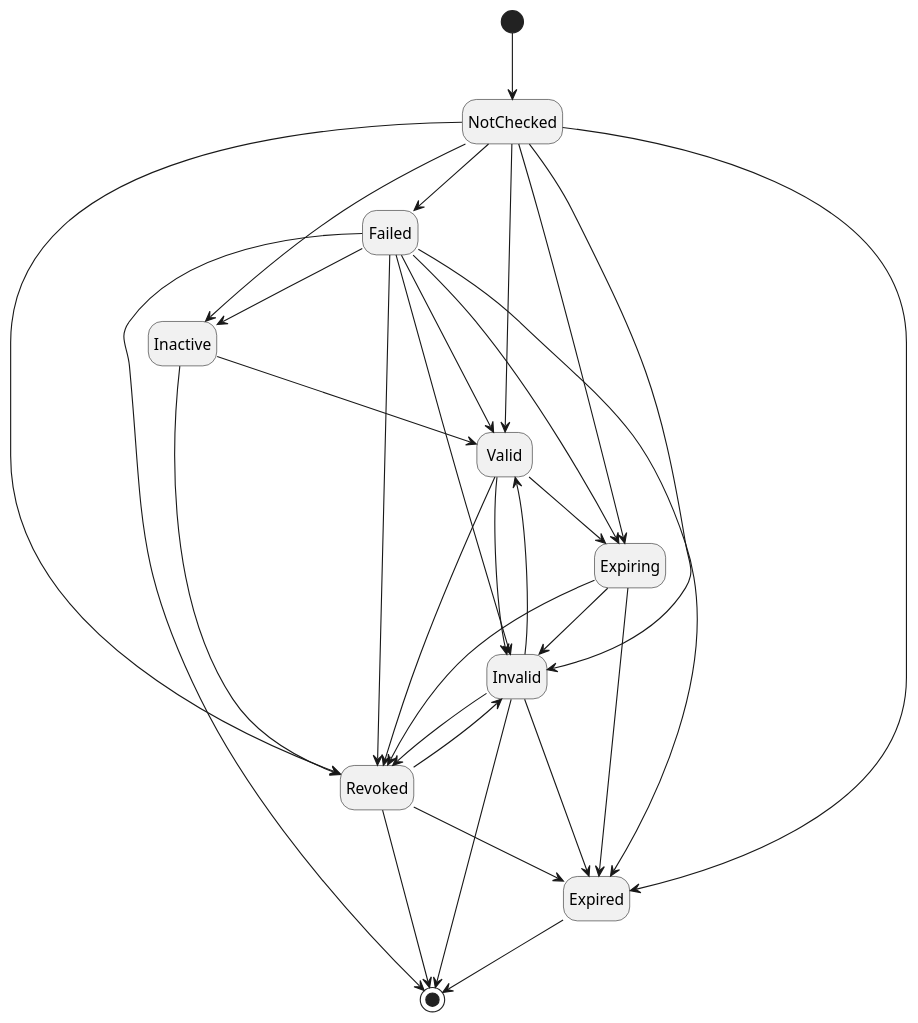
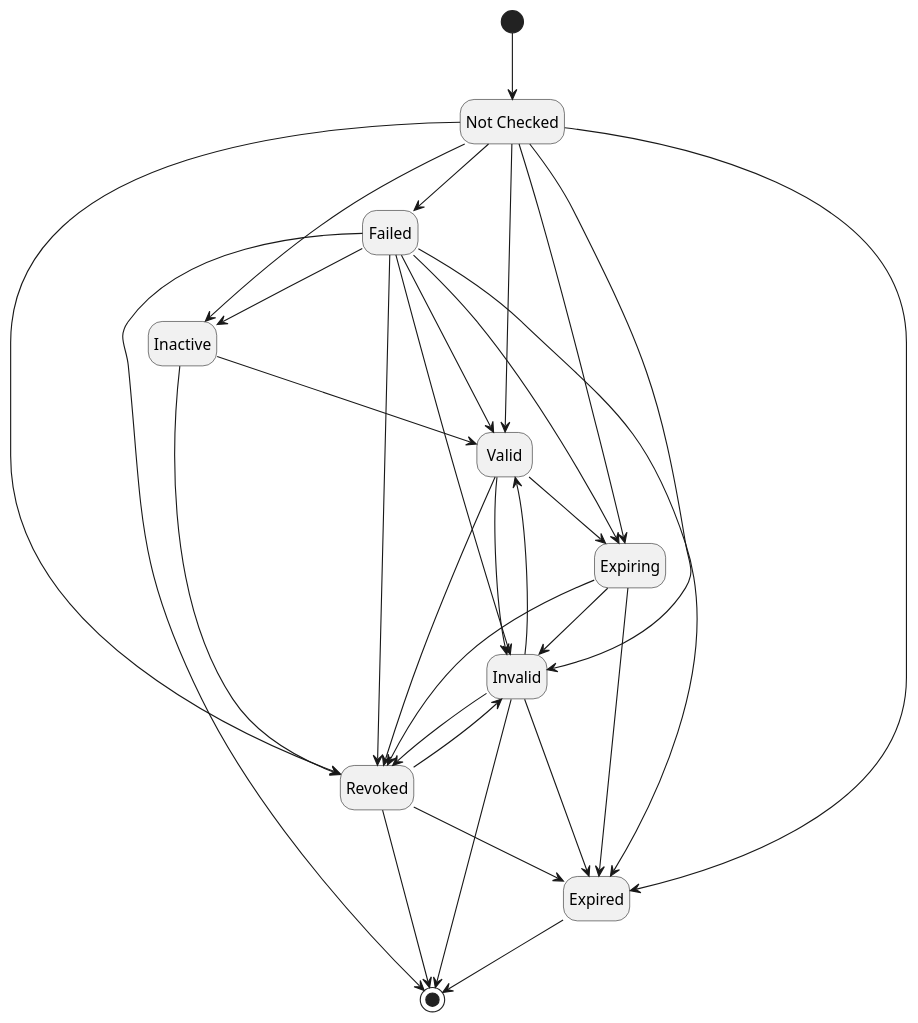
Before and after one commit to CZERTAINLY/CZERTAINLY-Documentation: the second of 4 diagrams in docs/10-certificate-key/02-concept-design/04-core-components/12-certificate.md, drawn with PlantUML. The commit also changed other lines of this file, not shown here.

````diff
--- a/docs/10-certificate-key/02-concept-design/04-core-components/12-certificate.md
+++ b/docs/10-certificate-key/02-concept-design/04-core-components/12-certificate.md
@@ -92,38 +96,40 @@
 ```plantuml
 @startuml
 hide empty description
+
+state "Not Checked" as NotChecked
 
 [*] --> NotChecked
 NotChecked --> Failed
 NotChecked --> Inactive
 NotChecked --> Valid
 NotChecked --> Invalid
 NotChecked --> Expiring
 NotChecked --> Expired
 NotChecked --> Revoked
 Failed --> Inactive
 Failed --> Valid
 Failed --> Invalid
 Failed --> Expiring
 Failed --> Expired
 Failed --> Revoked
 Inactive --> Valid
 Inactive --> Revoked
 Valid --> Invalid
 Valid --> Revoked
 Valid --> Expiring
 Invalid --> Valid
 Invalid --> Revoked
 Invalid --> Expired
 Revoked --> Invalid
 Revoked --> Expired
 Expiring --> Invalid
 Expiring --> Revoked
 Expiring --> Expired
 Failed --> [*]
 Expired --> [*]
 Invalid --> [*]
 Revoked --> [*]
 
 @enduml
 ```
````
